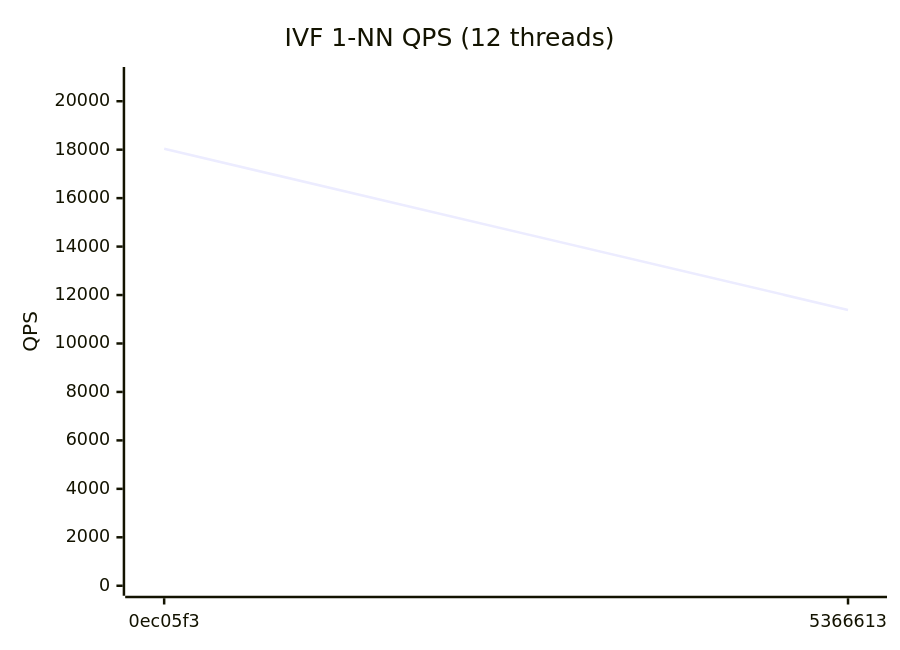
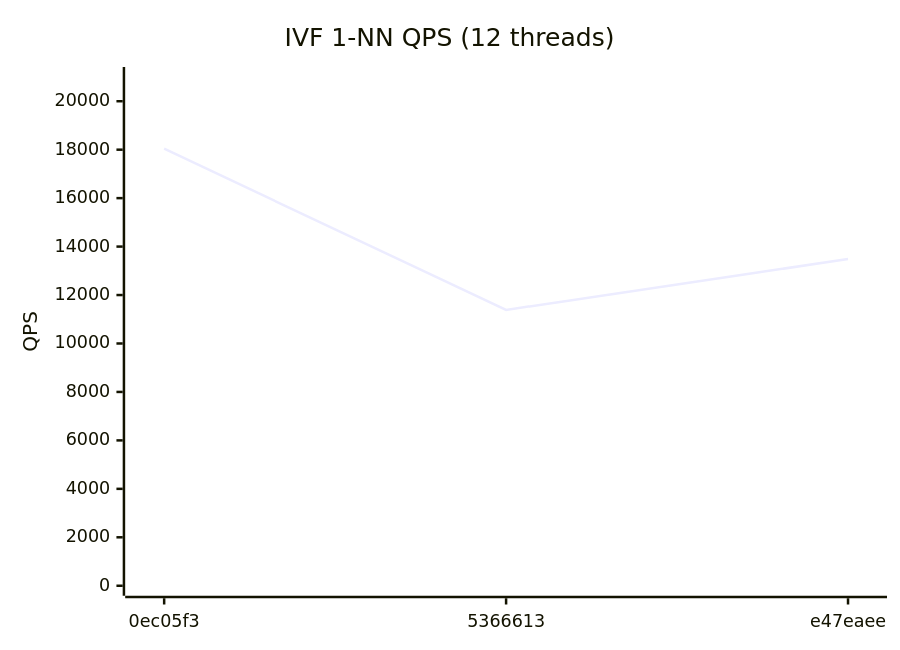
The fourth of 4 diagrams in benchmarks/REPORT.md (bibidhSubedi0/RedBoxDb), drawn with Mermaid before and after one commit. The commit also changed other lines of this file and 1 other file, not shown here.

Commit message:
bench: update performance report [e47eaee] [skip ci] (#131)

````diff
--- a/benchmarks/REPORT.md
+++ b/benchmarks/REPORT.md
@@ -49,7 +49,7 @@
 ```mermaid
 xychart-beta
   title "IVF 1-NN QPS (12 threads)"
-  x-axis ["0ec05f3", "5366613"]
+  x-axis ["0ec05f3", "5366613", "e47eaee"]
   y-axis "QPS" 0 --> 21000
-  line [18039, 11386]
+  line [18039, 11386, 13485]
 ```
````
